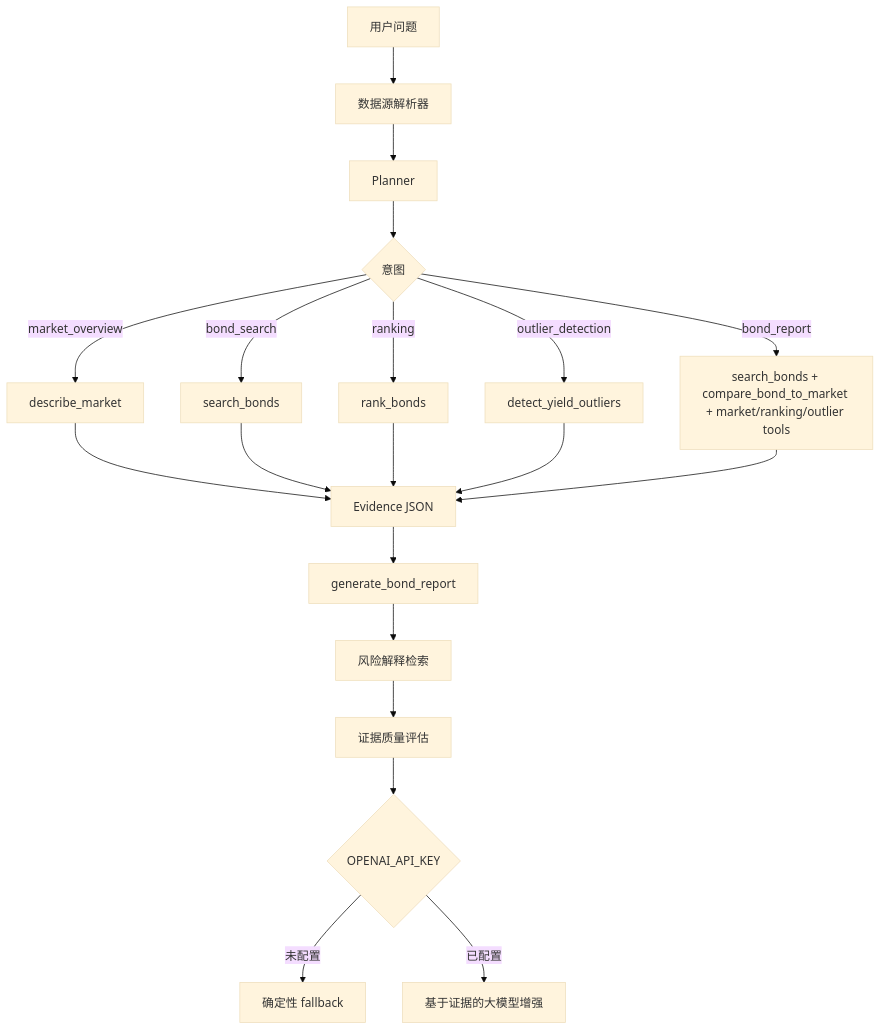
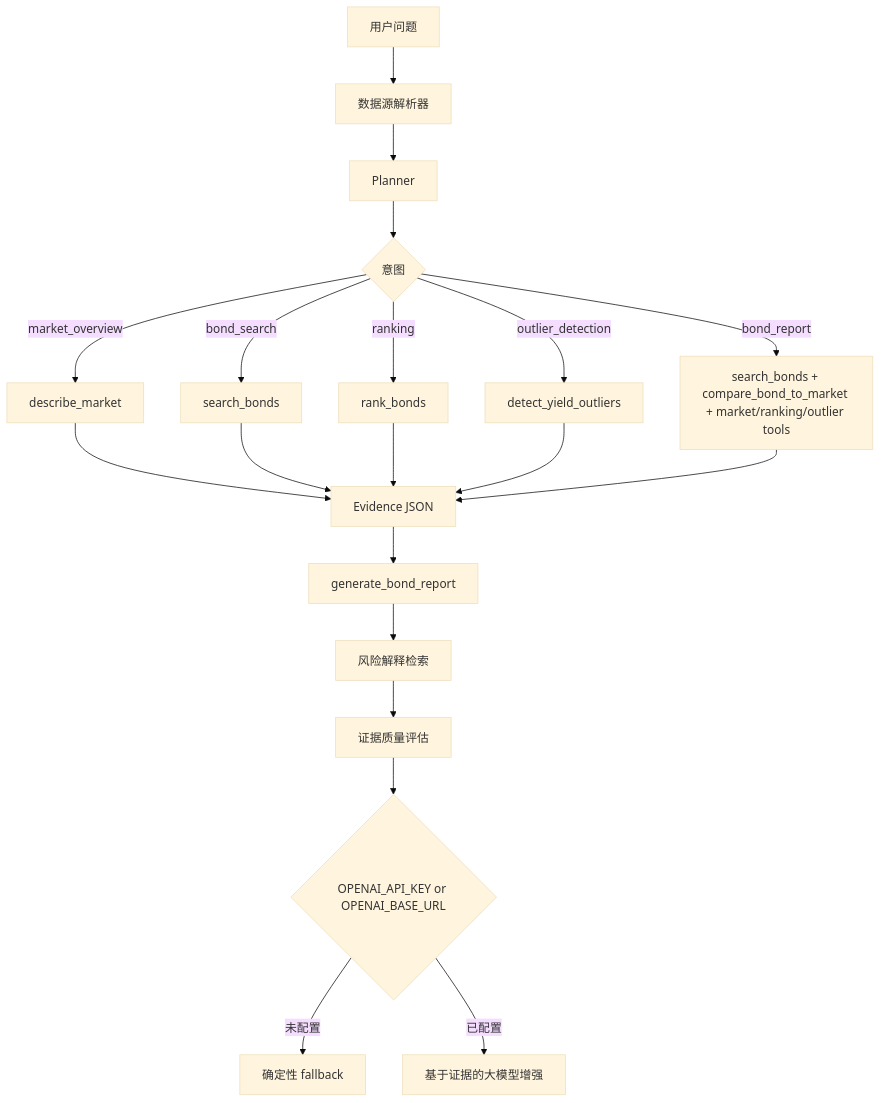
One commit to Phoenix0531-sudo/bondlens-ai changed the diagram in README.zh-CN.md. Above: the diagram before and after it, drawn with Mermaid (base theme). The commit also changed other lines of this file and 6 other files, not shown here.

````diff
--- a/README.zh-CN.md
+++ b/README.zh-CN.md
@@ -66,22 +66,22 @@
 ```mermaid
 flowchart TD
     A[用户问题] --> B[数据源解析器]
     B --> C[Planner]
     C --> D{意图}
     D -->|market_overview| E[describe_market]
     D -->|bond_search| F[search_bonds]
     D -->|ranking| G[rank_bonds]
     D -->|outlier_detection| H[detect_yield_outliers]
     D -->|bond_report| I[search_bonds + compare_bond_to_market + market/ranking/outlier tools]
     E --> J[Evidence JSON]
     F --> J
     G --> J
     H --> J
     I --> J
     J --> K[generate_bond_report]
     K --> L[风险解释检索]
     L --> M[证据质量评估]
-    M --> N{OPENAI_API_KEY}
+    M --> N{OPENAI_API_KEY or OPENAI_BASE_URL}
     N -->|未配置| O[确定性 fallback]
     N -->|已配置| P[基于证据的大模型增强]
 ```
````
